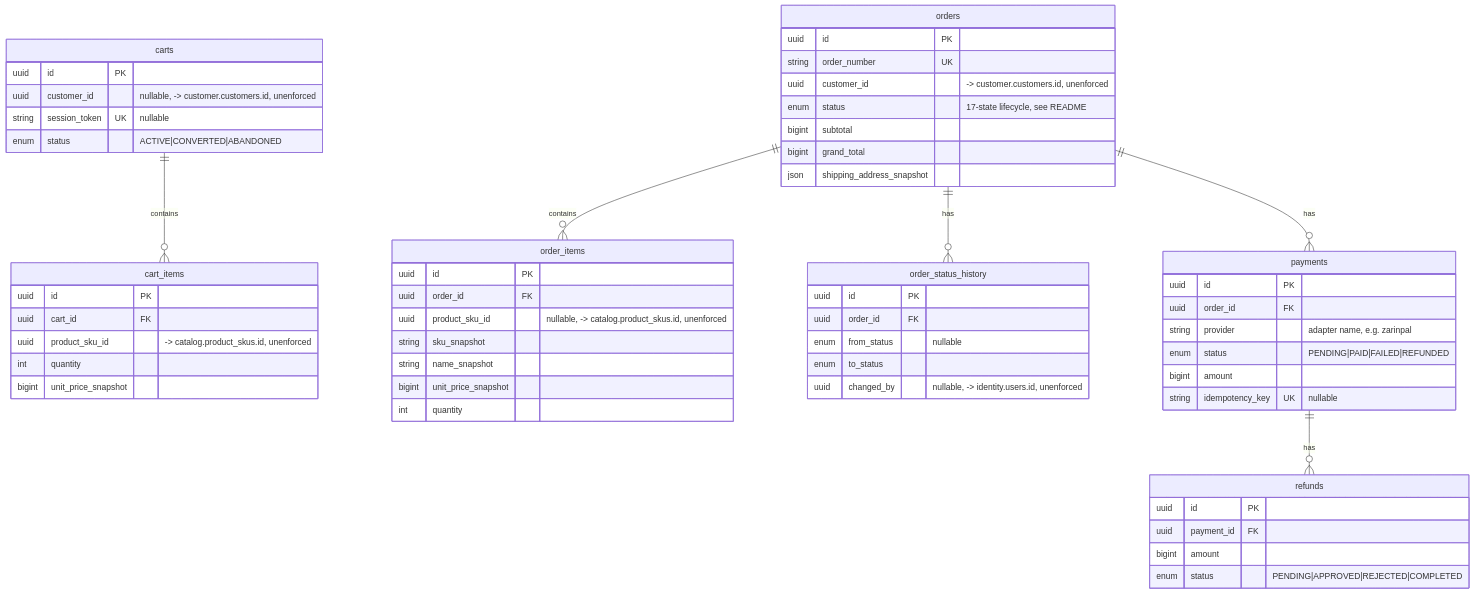
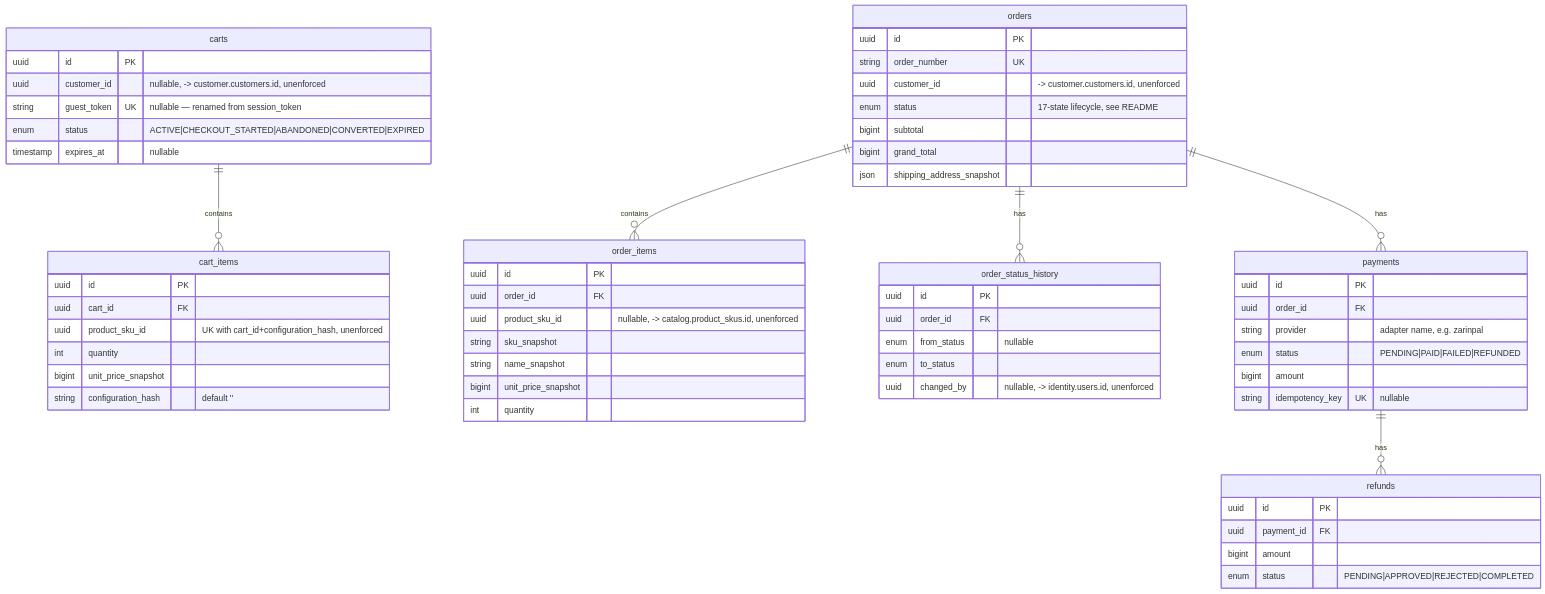
The sixth of 12 diagrams in docs/database/erd.md (HuseinHbz/Didar), drawn with Mermaid before and after one commit. The commit also changed other lines of this file and 11 other files, not shown here.

First line of the commit message:
docs(cart-checkout): complete Phase 007 documentation set

````diff
--- a/docs/database/erd.md
+++ b/docs/database/erd.md
@@ -484,61 +500,63 @@
 ```mermaid
 erDiagram
     carts ||--o{ cart_items : contains
     orders ||--o{ order_items : contains
     orders ||--o{ order_status_history : has
     orders ||--o{ payments : has
     payments ||--o{ refunds : has
 
     carts {
         uuid id PK
         uuid customer_id "nullable, -> customer.customers.id, unenforced"
-        string session_token UK "nullable"
-        enum status "ACTIVE|CONVERTED|ABANDONED"
+        string guest_token UK "nullable — renamed from session_token"
+        enum status "ACTIVE|CHECKOUT_STARTED|ABANDONED|CONVERTED|EXPIRED"
+        timestamp expires_at "nullable"
     }
     cart_items {
         uuid id PK
         uuid cart_id FK
-        uuid product_sku_id "-> catalog.product_skus.id, unenforced"
+        uuid product_sku_id "UK with cart_id+configuration_hash, unenforced"
         int quantity
         bigint unit_price_snapshot
+        string configuration_hash "default ''"
     }
     orders {
         uuid id PK
         string order_number UK
         uuid customer_id "-> customer.customers.id, unenforced"
         enum status "17-state lifecycle, see README"
         bigint subtotal
         bigint grand_total
         json shipping_address_snapshot
     }
     order_items {
         uuid id PK
         uuid order_id FK
         uuid product_sku_id "nullable, -> catalog.product_skus.id, unenforced"
         string sku_snapshot
         string name_snapshot
         bigint unit_price_snapshot
         int quantity
     }
     order_status_history {
         uuid id PK
         uuid order_id FK
         enum from_status "nullable"
         enum to_status
         uuid changed_by "nullable, -> identity.users.id, unenforced"
     }
     payments {
         uuid id PK
         uuid order_id FK
         string provider "adapter name, e.g. zarinpal"
         enum status "PENDING|PAID|FAILED|REFUNDED"
         bigint amount
         string idempotency_key UK "nullable"
     }
     refunds {
         uuid id PK
         uuid payment_id FK
         bigint amount
         enum status "PENDING|APPROVED|REJECTED|COMPLETED"
     }
 ```
````
